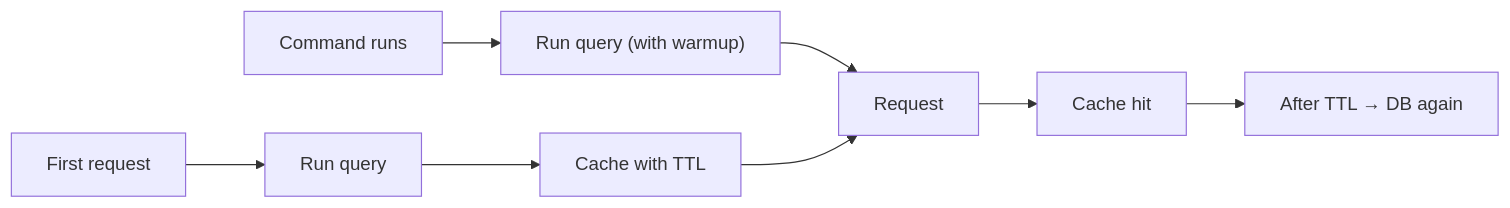
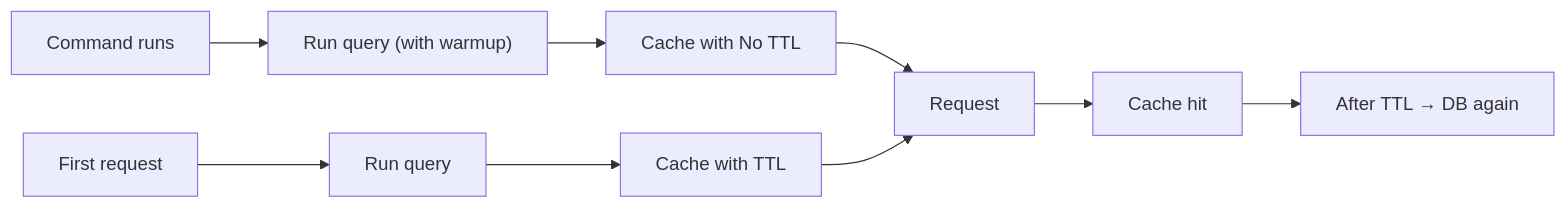
Before and after one commit to CodeWithDennis/laravel-model-cache: the diagram in README.md, drawn with Mermaid.

Commit message:
README: add Cache with No TTL step to warmup diagram path

````diff
--- a/README.md
+++ b/README.md
@@ -38,10 +38,11 @@
 ```mermaid
 flowchart LR
   A1[Command runs] --> B1["Run query (with warmup)"]
-  B1 --> D[Request]
+  B1 --> C1[Cache with No TTL]
+  C1 --> D[Request]
   A2[First request] --> B2[Run query]
   B2 --> C2[Cache with TTL]
   C2 --> D
   D --> E[Cache hit]
   E --> F["After TTL → DB again"]
 ```
````
